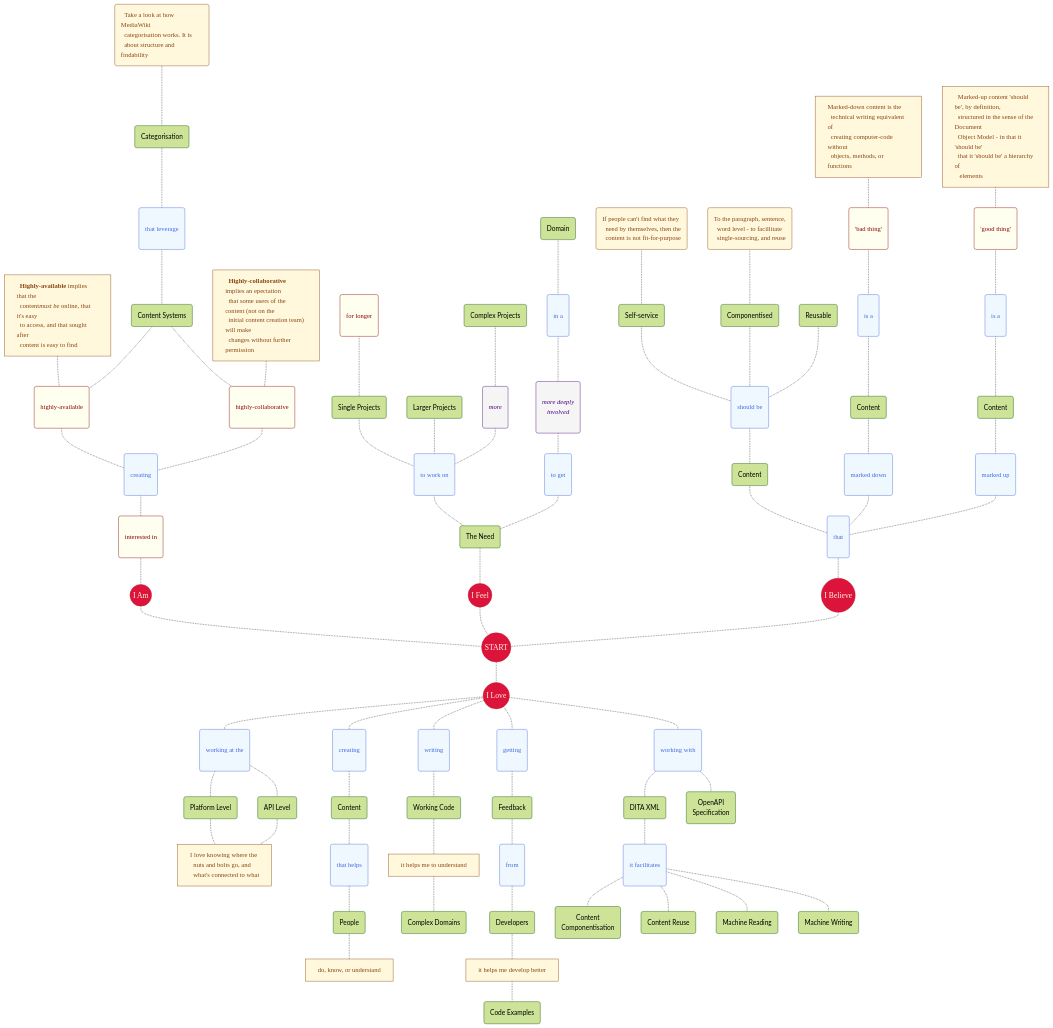
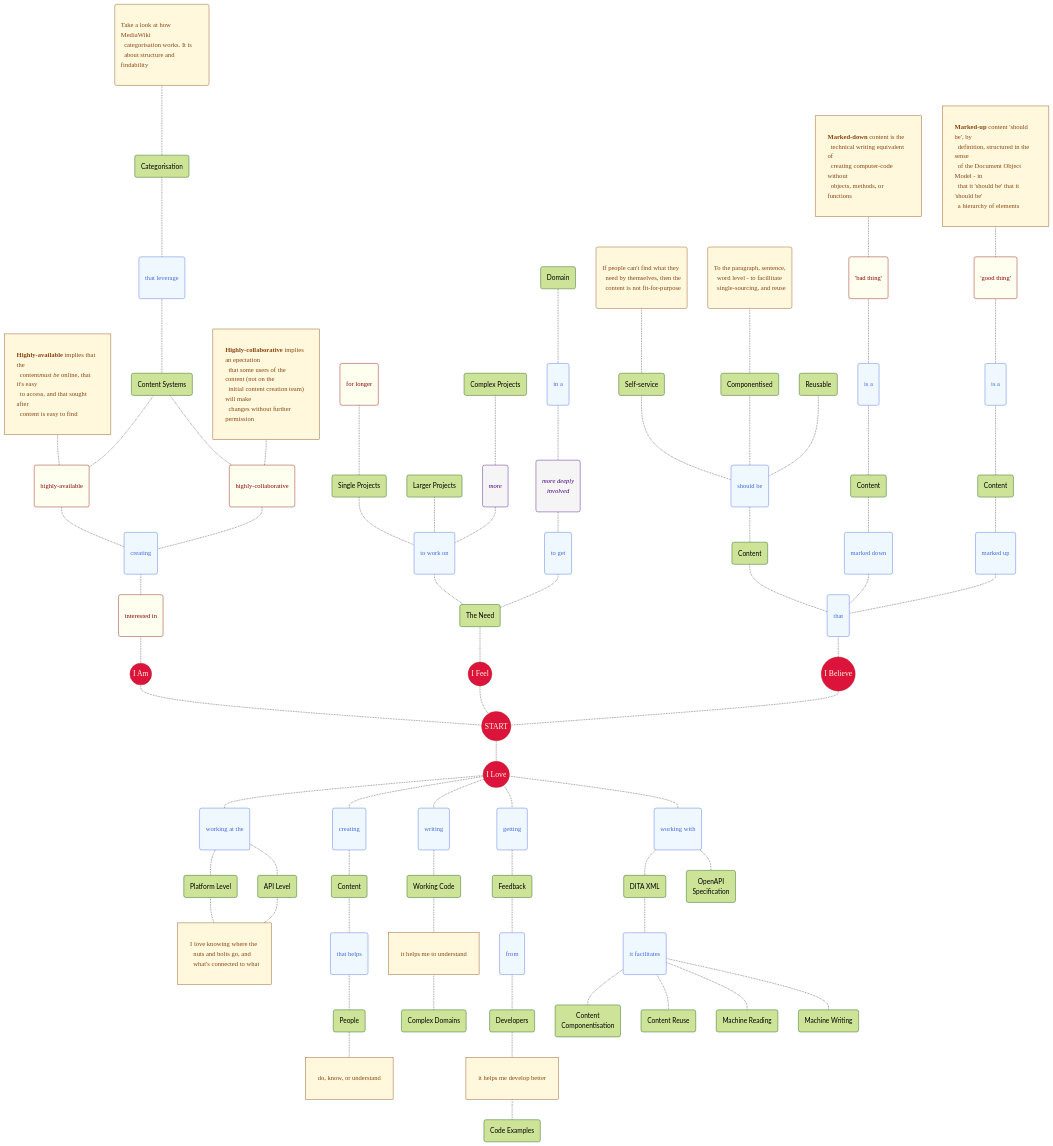
Before and after one commit to joe-dorward/samples: the diagram in my_mermaid_mindmap.md, drawn with Mermaid.

```diff
--- a/my_mermaid_mindmap.md
+++ b/my_mermaid_mindmap.md
@@ -10,19 +10,19 @@
   classDef Adverb fill:whitesmoke, color:indigo, stroke:indigo, font-family:verdana, font-style:italic, padding:0px 4px;
   classDef Adjective fill:ivory, color:darkred, stroke:darkred, font-family:verdana, padding:0px 4px;
   %%classDef Note fill:cornsilk, stroke:saddlebrown, color:saddlebrown, font-family:verdana, text-align:left, padding-left:9px, padding-right:9px, margin-top:10px, margin-right:100px;
-  classDef Note fill:cornsilk, stroke:saddlebrown, color:saddlebrown, font-family:verdana, text-align:left;
+  classDef Note fill:cornsilk, stroke:saddlebrown, color:saddlebrown, font-family:verdana, text-align:left, margin:8px;
 
   SELF_SERVICE_NOTE("If people can't find what they<br/>&ensp;need by themselves, then the<br/>&ensp;content is not fit-for-purpose")
-  CATEGORISATION_NOTE("&ensp;Take a look at how MediaWiki&ensp;<br/>&ensp;categorisation works. It is<br/>&ensp;about structure and findability")
+  CATEGORISATION_NOTE("Take a look at how MediaWiki&ensp;<br/>&ensp;categorisation works. It is<br/>&ensp;about structure and findability")
   COMPONENTISED_NOTE("To the paragraph, sentence,<br/>&ensp;word level - to facillitate<br/>&ensp;single-sourcing, and reuse")
   PLATFORM_LEVEL_NOTE["I love knowing where the<br/>&ensp;nuts and bolts go, and<br/>&ensp;what's connected to what"]
 
-  MARKED_DOWN_CONTENT_NOTE["Marked-down content is the<br/>&ensp;technical writing equivalent of<br/>&ensp;creating computer-code without<br/>&ensp;objects, methods, or functions"]
-  MARKED_UP_CONTENT_NOTE["&ensp;Marked-up content 'should be', by definition,<br/>&ensp;structured in the sense of the Document<br/>&ensp;Object Model - in that it 'should be'<br/>&ensp;that it 'should be' a hierarchy of<br/>&ensp; elements"]
+  MARKED_DOWN_CONTENT_NOTE["<b>Marked-down</b> content is the<br/>&ensp;technical writing equivalent of<br/>&ensp;creating computer-code without<br/>&ensp;objects, methods, or functions"]
+  MARKED_UP_CONTENT_NOTE["<b>Marked-up</b> content 'should be', by<br/>&ensp;definition, structured in the sense<br/>&ensp;of the Document Object Model - in<br/>&ensp;that it 'should be' that it 'should be'<br/>&ensp;a hierarchy of elements"]
 
-  %%HIGHLY_AVAILABLE_NOTE["&ensp;<b>Highly-available</b> implies that the content<br/>&ensp;<i>must be</i> online, that it's easy to access, and<br/>&ensp;that sought after content is easy to find"]
-  HIGHLY_AVAILABLE_NOTE["&ensp;<b>Highly-available</b> implies that the<br/>&ensp;content<i>must be</i> online, that it's easy<br/>&ensp;to access, and that sought after<br/>&ensp;content is easy to find"]  
-  HIGHLY_COLABORATIVE_NOTE["&ensp;<b>Highly-collaborative</b> implies an epectation<br/>&ensp;that some users of the content (not on the<br/>&ensp;initial content creation team) will make<br/>&ensp;changes without further permission"]
+  %%HIGHLY_AVAILABLE_NOTE["<b>Highly-available</b> implies that the content<br/>&ensp;<i>must be</i> online, that it's easy to access, and<br/>&ensp;that sought after content is easy to find"]
+  HIGHLY_AVAILABLE_NOTE["<b>Highly-available</b> implies that the<br/>&ensp;content<i>must be</i> online, that it's easy<br/>&ensp;to access, and that sought after<br/>&ensp;content is easy to find"]  
+  HIGHLY_COLABORATIVE_NOTE["<b>Highly-collaborative</b> implies an epectation<br/>&ensp;that some users of the content (not on the<br/>&ensp;initial content creation team) will make<br/>&ensp;changes without further permission"]
 
   class SELF_SERVICE_NOTE,CATEGORISATION_NOTE,COMPONENTISED_NOTE,PLATFORM_LEVEL_NOTE,MARKED_DOWN_CONTENT_NOTE,MARKED_UP_CONTENT_NOTE,HIGHLY_AVAILABLE_NOTE,HIGHLY_COLABORATIVE_NOTE Note;
 
```
